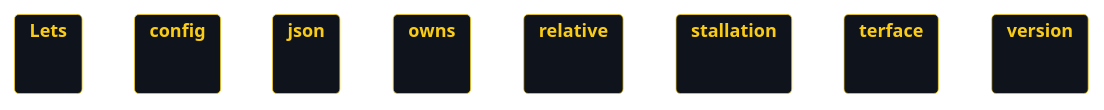
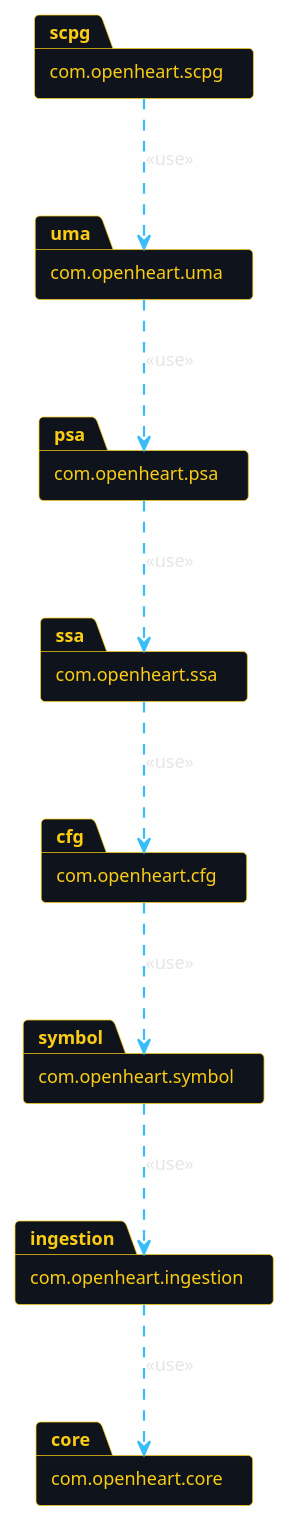
One commit to AhmadHassan-BTed/OpenHeart changed the diagram in web/diagrams/package.puml. Above: the diagram before and after it, drawn with PlantUML. The commit also changed 34 other files, not shown here.

Commit message:
feat(diagrams): achieve 100% diagram suite perfection and resolve all 40 critical issues across UML and pipeline graphs

```diff
--- a/web/diagrams/package.puml
+++ b/web/diagrams/package.puml
@@ -1,66 +1,33 @@
 @startuml
 skinparam backgroundColor transparent
 skinparam monochrome false
 skinparam shadowing false
 skinparam roundcorner 6
 skinparam defaultFontName "Space Grotesk", "Segoe UI", sans-serif
 skinparam defaultFontColor #e5e5e5
 skinparam defaultFontSize 12
 skinparam ArrowColor #38bdf8
 skinparam ArrowThickness 1.5
 skinparam packageStyle rectangle
 skinparam PackageBorderColor #facc15
 skinparam PackageBackgroundColor #0f141c
 skinparam PackageFontColor #facc15
-skinparam ClassBorderColor #38bdf8
-skinparam ClassBackgroundColor #14171f
-skinparam ClassHeaderBackgroundColor #1e2433
-skinparam ClassFontColor #ffffff
-skinparam ObjectBorderColor #38bdf8
-skinparam ObjectBackgroundColor #14171f
-skinparam ObjectFontColor #ffffff
-skinparam ComponentBorderColor #38bdf8
-skinparam ComponentBackgroundColor #14171f
-skinparam ComponentFontColor #ffffff
-skinparam NodeBorderColor #38bdf8
-skinparam NodeBackgroundColor #14171f
-skinparam NodeFontColor #ffffff
-skinparam StateBorderColor #38bdf8
-skinparam StateBackgroundColor #14171f
-skinparam StateFontColor #ffffff
-skinparam ActivityBorderColor #38bdf8
-skinparam ActivityBackgroundColor #14171f
-skinparam ActivityFontColor #ffffff
-skinparam SequenceLifeLineBorderColor #38bdf8
-skinparam SequenceLifeLineBackgroundColor #14171f
-skinparam SequenceGroupBorderColor #facc15
-skinparam SequenceGroupBackgroundColor #0f141c
-skinparam SequenceGroupFontColor #facc15
-skinparam ParticipantBorderColor #38bdf8
-skinparam ParticipantBackgroundColor #14171f
-skinparam ParticipantFontColor #ffffff
-skinparam ActorBorderColor #facc15
-skinparam ActorBackgroundColor #14171f
-skinparam ActorFontColor #ffffff
-skinparam UsecaseBorderColor #38bdf8
-skinparam UsecaseBackgroundColor #14171f
-skinparam UsecaseFontColor #ffffff
 
-package "Lets" as pkg_Lets {
-}
-package "config" as pkg_config {
-}
-package "json" as pkg_json {
-}
-package "owns" as pkg_owns {
-}
-package "relative" as pkg_relative {
-}
-package "stallation" as pkg_stallation {
-}
-package "terface" as pkg_terface {
-}
-package "version" as pkg_version {
-}
+package "com.openheart.core" as core
+package "com.openheart.ingestion" as ingestion
+package "com.openheart.symbol" as symbol
+package "com.openheart.cfg" as cfg
+package "com.openheart.ssa" as ssa
+package "com.openheart.psa" as psa
+package "com.openheart.uma" as uma
+package "com.openheart.scpg" as scpg
+
+ingestion ..> core : <<use>>
+symbol ..> ingestion : <<use>>
+cfg ..> symbol : <<use>>
+ssa ..> cfg : <<use>>
+psa ..> ssa : <<use>>
+uma ..> psa : <<use>>
+scpg ..> uma : <<use>>
 
 @enduml
```
